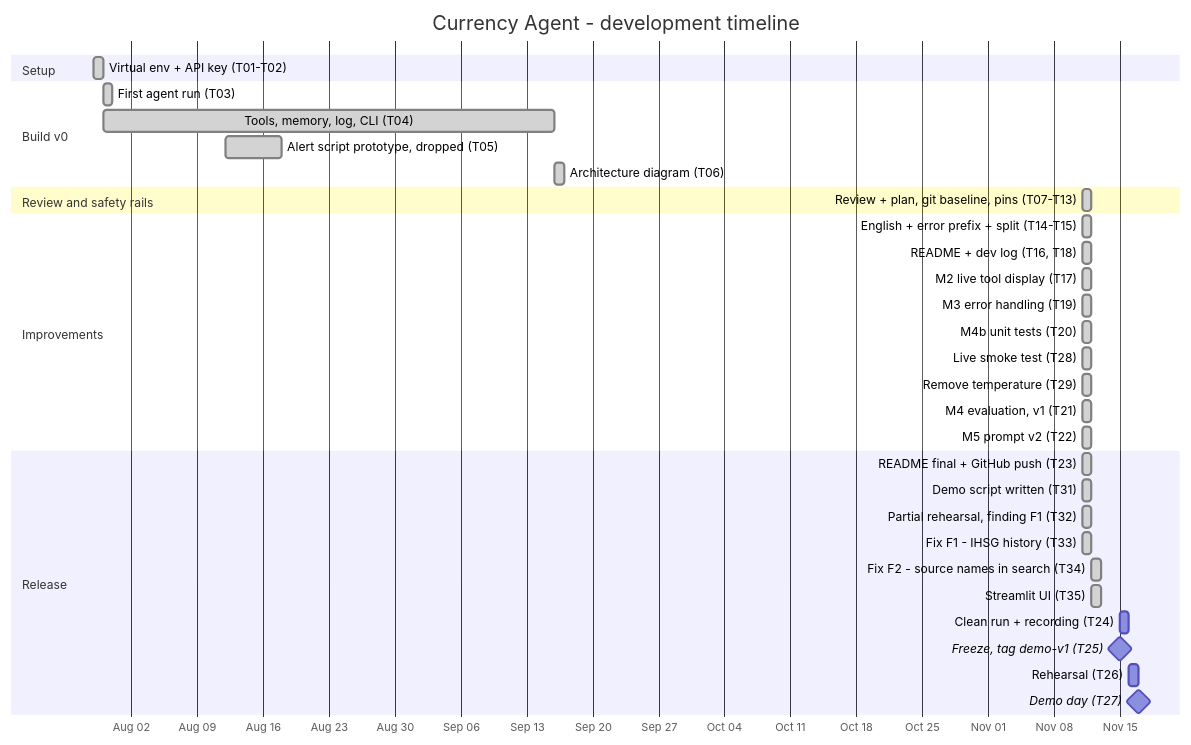
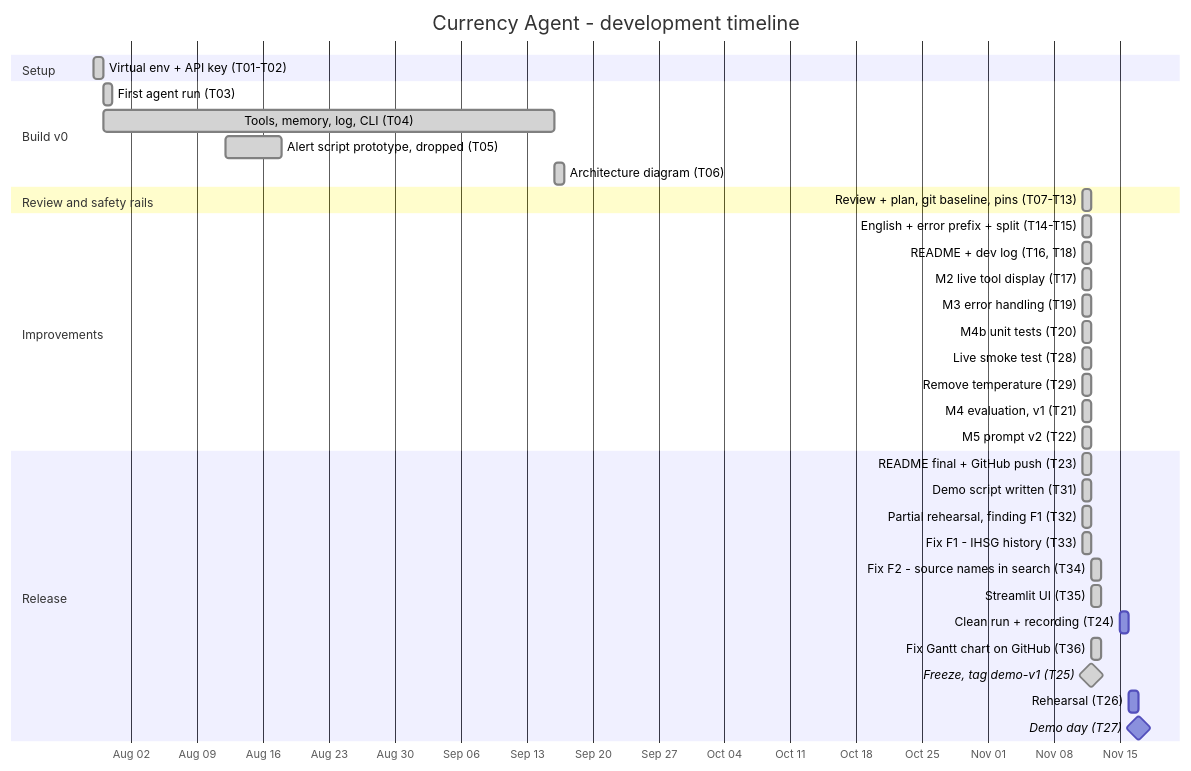
One commit to falthackel/agentic-financial-monitoring-assistant changed the diagram in docs/dev_log.md. Above: the diagram before and after it, drawn with Mermaid. The commit also changed other lines of this file, not shown here.

Commit message:
docs: dev log for T25 feature freeze (demo-v1) and the Gantt push story

````diff
--- a/docs/dev_log.md
+++ b/docs/dev_log.md
@@ -57,41 +58,42 @@
 ```mermaid
 gantt
     title Currency Agent - development timeline
     dateFormat YYYY-MM-DD
     axisFormat %b %d
 
     section Setup
     Virtual env + API key (T01-T02)          :done, t01, 2026-07-29, 1d
 
     section Build v0
     First agent run (T03)                    :done, t03, 2026-07-30, 1d
     Tools, memory, log, CLI (T04)            :done, t04, 2026-07-30, 2026-09-16
     Alert script prototype, dropped (T05)    :done, t05, 2026-08-12, 2026-08-18
     Architecture diagram (T06)               :done, t06, 2026-09-16, 1d
 
     section Review and safety rails
     Review + plan, git baseline, pins (T07-T13) :done, t07, 2026-11-11, 1d
 
     section Improvements
     English + error prefix + split (T14-T15) :done, t14, 2026-11-11, 1d
     README + dev log (T16, T18)              :done, t16, 2026-11-11, 1d
     M2 live tool display (T17)               :done, t17, 2026-11-11, 1d
     M3 error handling (T19)                  :done, t19, 2026-11-11, 1d
     M4b unit tests (T20)                     :done, t20, 2026-11-11, 1d
     Live smoke test (T28)                    :done, t28, 2026-11-11, 1d
     Remove temperature (T29)                 :done, t29, 2026-11-11, 1d
     M4 evaluation, v1 (T21)                  :done, t21, 2026-11-11, 1d
     M5 prompt v2 (T22)                       :done, t22, 2026-11-11, 1d
 
     section Release
     README final + GitHub push (T23)         :done, t23, 2026-11-11, 1d
     Demo script written (T31)                :done, t31, 2026-11-11, 1d
     Partial rehearsal, finding F1 (T32)      :done, t32, 2026-11-11, 1d
     Fix F1 - IHSG history (T33)              :done, t33, 2026-11-11, 1d
     Fix F2 - source names in search (T34)    :done, t34, 2026-11-12, 1d
     Streamlit UI (T35)                       :done, t35, 2026-11-12, 1d
     Clean run + recording (T24)              :t24, 2026-11-15, 1d
-    Freeze, tag demo-v1 (T25)                :milestone, t25, 2026-11-15, 0d
+    Fix Gantt chart on GitHub (T36)          :done, t36, 2026-11-12, 1d
+    Freeze, tag demo-v1 (T25)                :done, milestone, t25, 2026-11-12, 0d
     Rehearsal (T26)                          :t26, 2026-11-16, 1d
     Demo day (T27)                           :milestone, t27, 2026-11-17, 0d
 ```
````
